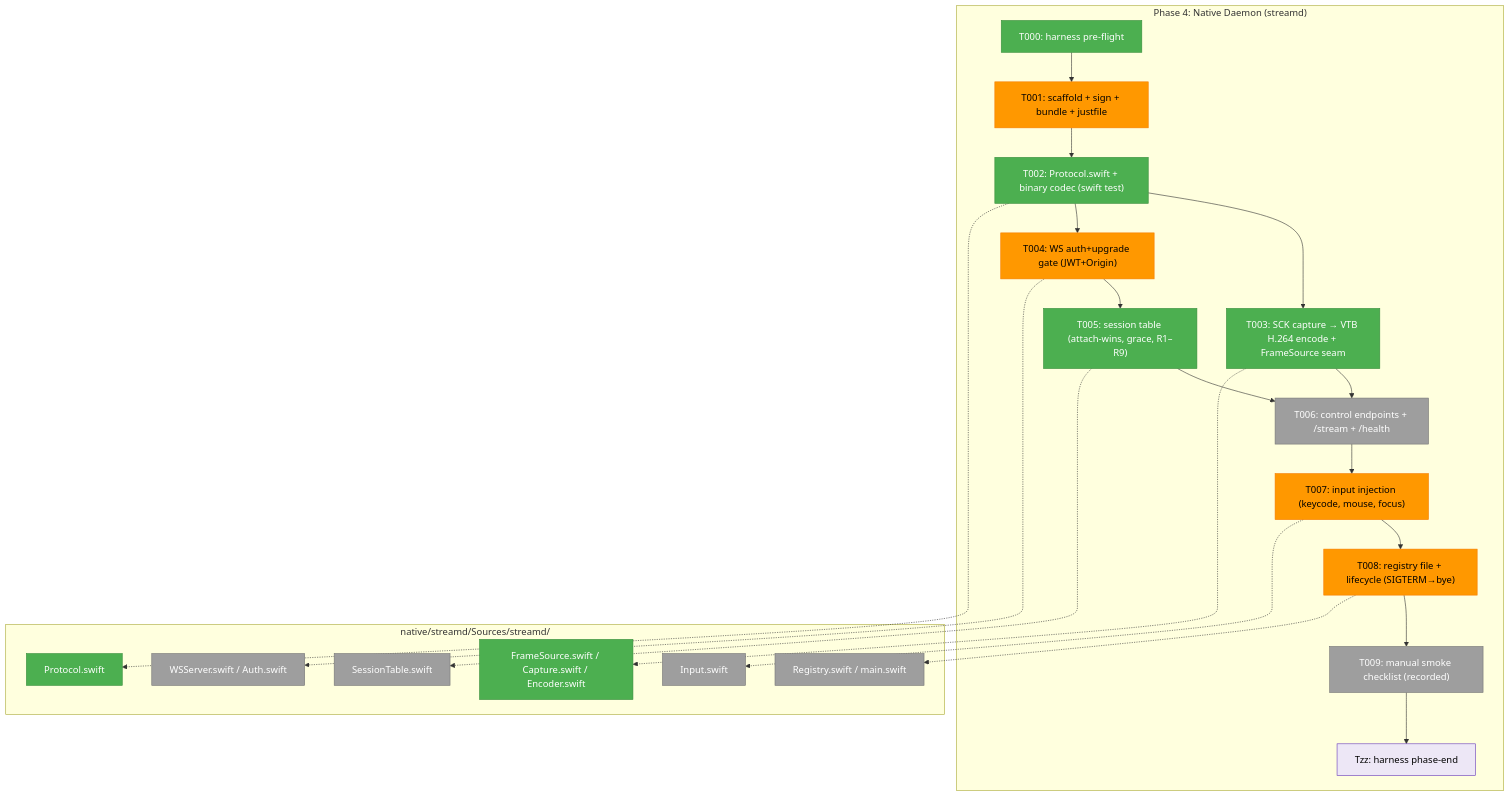
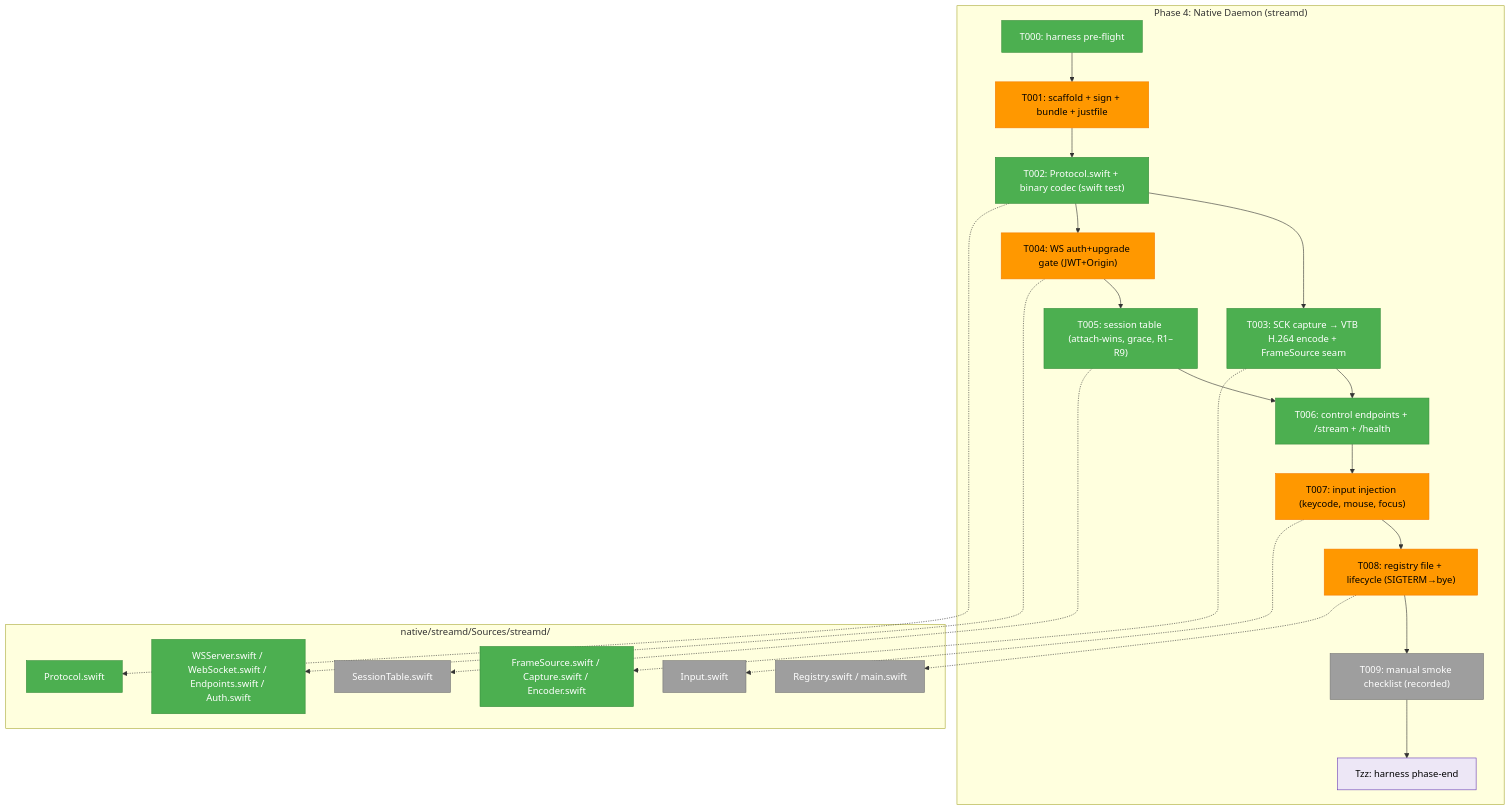
The first of 3 diagrams in docs/plans/088-remote-app-view/tasks/phase-4-native-daemon-swift/tasks.md (AI-Substrate/chainglass), drawn with Mermaid before and after one commit. The commit also changed other lines of this file and 8 other files, not shown here.

First line of the commit message:
feat(remote-view): T006 HTTP+WS server, control endpoints, headless smoke 18/18 (Plan 088 Phase 4)

````diff
--- a/docs/plans/088-remote-app-view/tasks/phase-4-native-daemon-swift/tasks.md
+++ b/docs/plans/088-remote-app-view/tasks/phase-4-native-daemon-swift/tasks.md
@@ -112,42 +112,42 @@
 ```mermaid
 flowchart TD
     classDef pending fill:#9E9E9E,stroke:#757575,color:#fff
     classDef seam fill:#EDE7F6,stroke:#673AB7,color:#000
     classDef test fill:#E3F2FD,stroke:#1976D2,color:#000
     classDef completed fill:#4CAF50,stroke:#388E3C,color:#fff
     classDef inprogress fill:#FF9800,stroke:#F57C00,color:#000
 
     subgraph Phase["Phase 4: Native Daemon (streamd)"]
         T000["T000: harness pre-flight"]:::completed
         T001["T001: scaffold + sign + bundle + justfile"]:::inprogress
         T002["T002: Protocol.swift + binary codec (swift test)"]:::completed
         T003["T003: SCK capture → VTB H.264 encode + FrameSource seam"]:::completed
         T004["T004: WS auth+upgrade gate (JWT+Origin)"]:::inprogress
         T005["T005: session table (attach-wins, grace, R1–R9)"]:::completed
-        T006["T006: control endpoints + /stream + /health"]:::pending
+        T006["T006: control endpoints + /stream + /health"]:::completed
         T007["T007: input injection (keycode, mouse, focus)"]:::inprogress
         T008["T008: registry file + lifecycle (SIGTERM→bye)"]:::inprogress
         T009["T009: manual smoke checklist (recorded)"]:::pending
         Tzz["Tzz: harness phase-end"]:::seam
         T000 --> T001 --> T002 --> T003
         T002 --> T004 --> T005 --> T006
         T003 --> T006
         T006 --> T007 --> T008 --> T009 --> Tzz
     end
 
     subgraph Sources["native/streamd/Sources/streamd/"]
         F1["Protocol.swift"]:::completed
         F2["FrameSource.swift / Capture.swift / Encoder.swift"]:::completed
-        F3["WSServer.swift / Auth.swift"]:::pending
+        F3["WSServer.swift / WebSocket.swift / Endpoints.swift / Auth.swift"]:::completed
         F4["SessionTable.swift"]:::pending
         F5["Input.swift"]:::pending
         F6["Registry.swift / main.swift"]:::pending
     end
 
     T002 -.-> F1
     T003 -.-> F2
     T004 -.-> F3
     T005 -.-> F4
     T007 -.-> F5
     T008 -.-> F6
 ```
````
